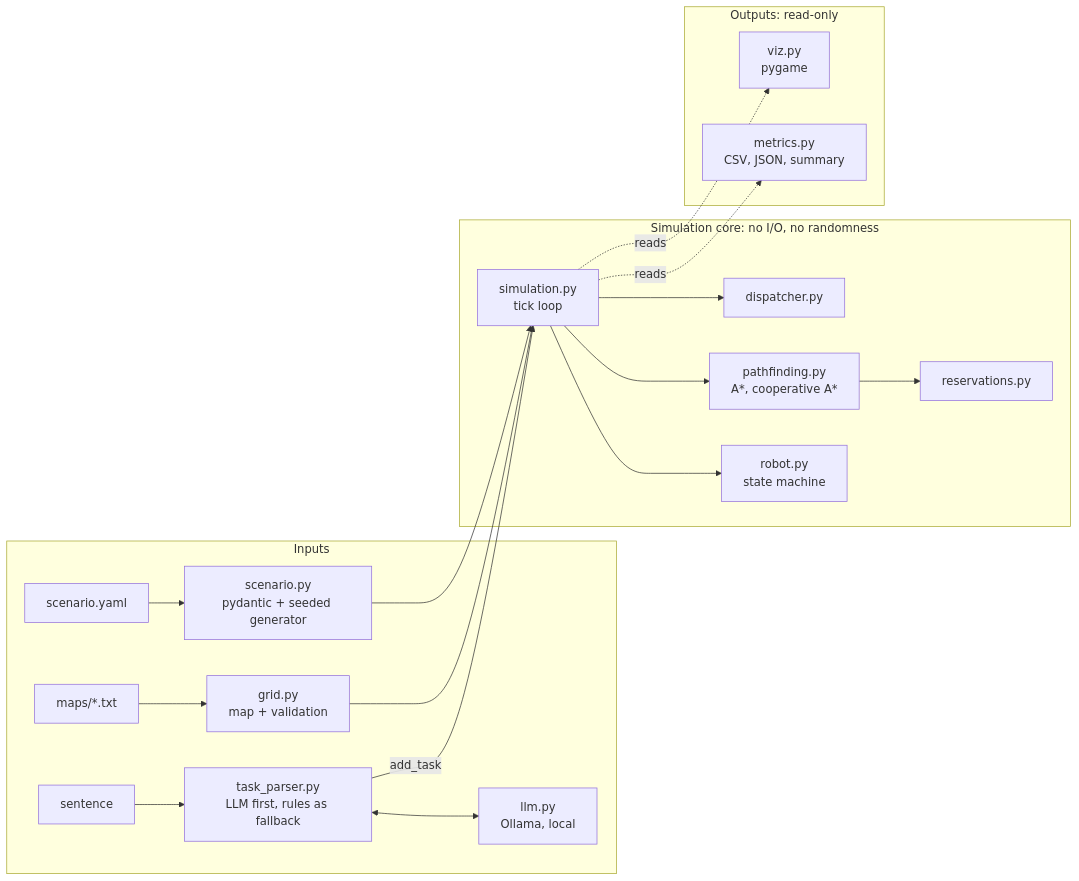
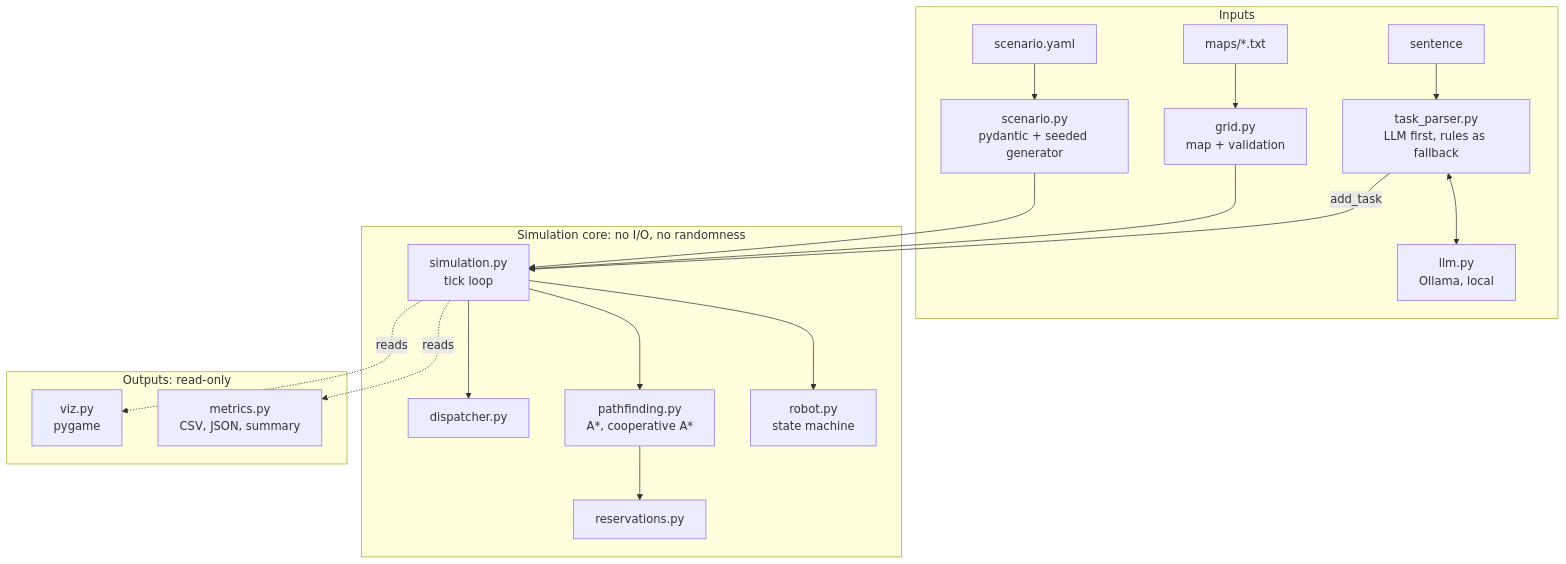
One commit to Petus19/hospital-delivery-robot-sim changed the first of 2 diagrams in README.md. Above: the diagram before and after it, drawn with Mermaid.

Commit message:
docs: lay out the architecture diagram vertically for readability

````diff
--- a/README.md
+++ b/README.md
@@ -158,33 +158,33 @@
 ```mermaid
-flowchart LR
+flowchart TB
     subgraph inputs[Inputs]
         YAML[scenario.yaml] --> SC[scenario.py<br/>pydantic + seeded generator]
         MAP[maps/*.txt] --> GRID[grid.py<br/>map + validation]
         TXT[sentence] --> TP[task_parser.py<br/>LLM first, rules as fallback]
         TP <--> LLM[llm.py<br/>Ollama, local]
     end
 
     subgraph core[Simulation core: no I/O, no randomness]
         SIM[simulation.py<br/>tick loop]
         DSP[dispatcher.py]
         PF[pathfinding.py<br/>A*, cooperative A*]
         RES[reservations.py]
         ROB[robot.py<br/>state machine]
         SIM --> DSP
         SIM --> PF
         PF --> RES
         SIM --> ROB
     end
 
     SC --> SIM
     GRID --> SIM
     TP -->|add_task| SIM
 
     subgraph outputs[Outputs: read-only]
         VIZ[viz.py<br/>pygame]
         MET[metrics.py<br/>CSV, JSON, summary]
     end
 
     SIM -.reads.-> VIZ
     SIM -.reads.-> MET
 ```
````
